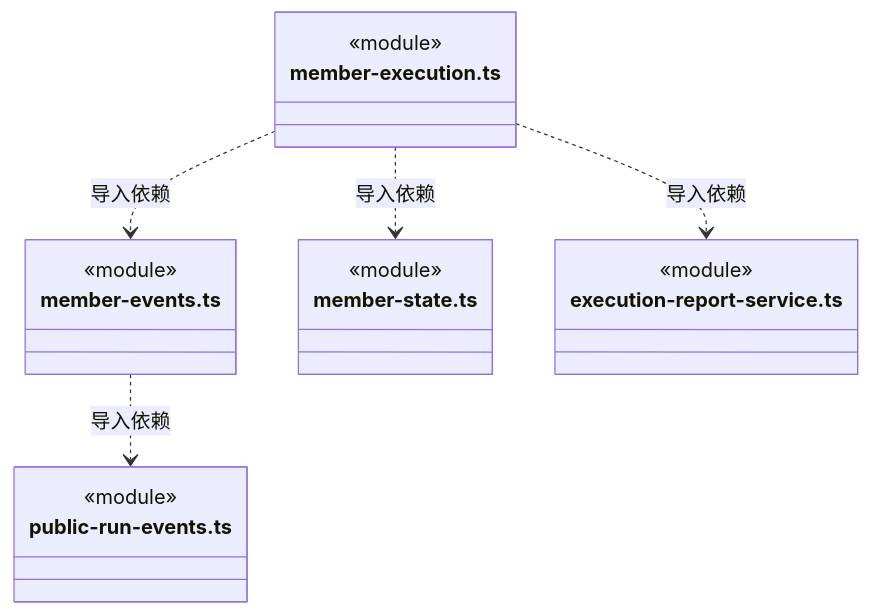
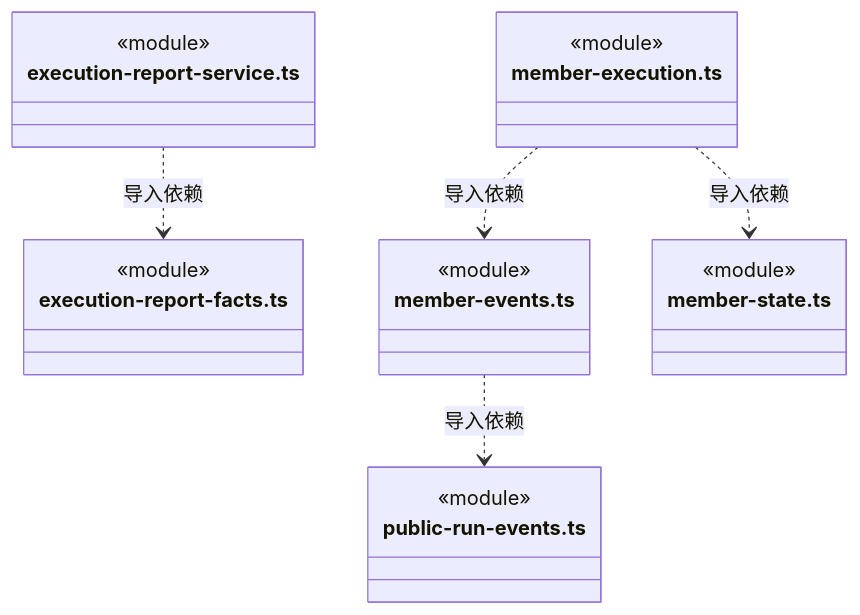
One commit to nan023062/cbim changed diagram 35 of 40 in src/backend/scheduler-engine/execution/ARCHITECTURE.md. Above: the diagram before and after it, drawn with Mermaid. The commit also changed other lines of this file and 46 other files, not shown here.

````diff
--- a/src/backend/scheduler-engine/execution/ARCHITECTURE.md
+++ b/src/backend/scheduler-engine/execution/ARCHITECTURE.md
@@ -937,22 +955,25 @@
 ```mermaid
 classDiagram
+class N_src_backend_scheduler_engine_execution_execution_report_service_ts["execution-report-service.ts"] {
+  <<module>>
+}
+class N_src_backend_scheduler_engine_execution_execution_report_facts_ts["execution-report-facts.ts"] {
+  <<module>>
+}
 class N_src_backend_scheduler_engine_execution_member_events_ts["member-events.ts"] {
   <<module>>
 }
 class N_src_backend_scheduler_engine_execution_public_run_events_ts["public-run-events.ts"] {
   <<module>>
 }
 class N_src_backend_scheduler_engine_execution_member_execution_ts["member-execution.ts"] {
   <<module>>
 }
 class N_src_backend_scheduler_engine_execution_member_state_ts["member-state.ts"] {
   <<module>>
 }
-class N_src_backend_scheduler_engine_execution_execution_report_service_ts["execution-report-service.ts"] {
-  <<module>>
-}
+N_src_backend_scheduler_engine_execution_execution_report_service_ts ..> N_src_backend_scheduler_engine_execution_execution_report_facts_ts : 导入依赖
 N_src_backend_scheduler_engine_execution_member_events_ts ..> N_src_backend_scheduler_engine_execution_public_run_events_ts : 导入依赖
 N_src_backend_scheduler_engine_execution_member_execution_ts ..> N_src_backend_scheduler_engine_execution_member_state_ts : 导入依赖
 N_src_backend_scheduler_engine_execution_member_execution_ts ..> N_src_backend_scheduler_engine_execution_member_events_ts : 导入依赖
-N_src_backend_scheduler_engine_execution_member_execution_ts ..> N_src_backend_scheduler_engine_execution_execution_report_service_ts : 导入依赖
 ```
````
